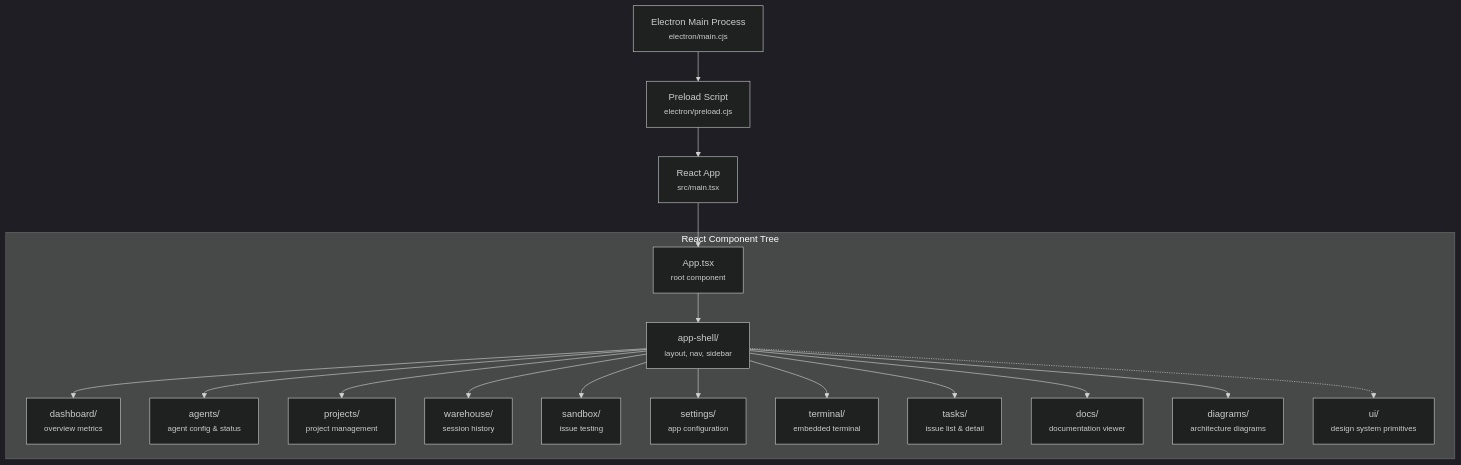
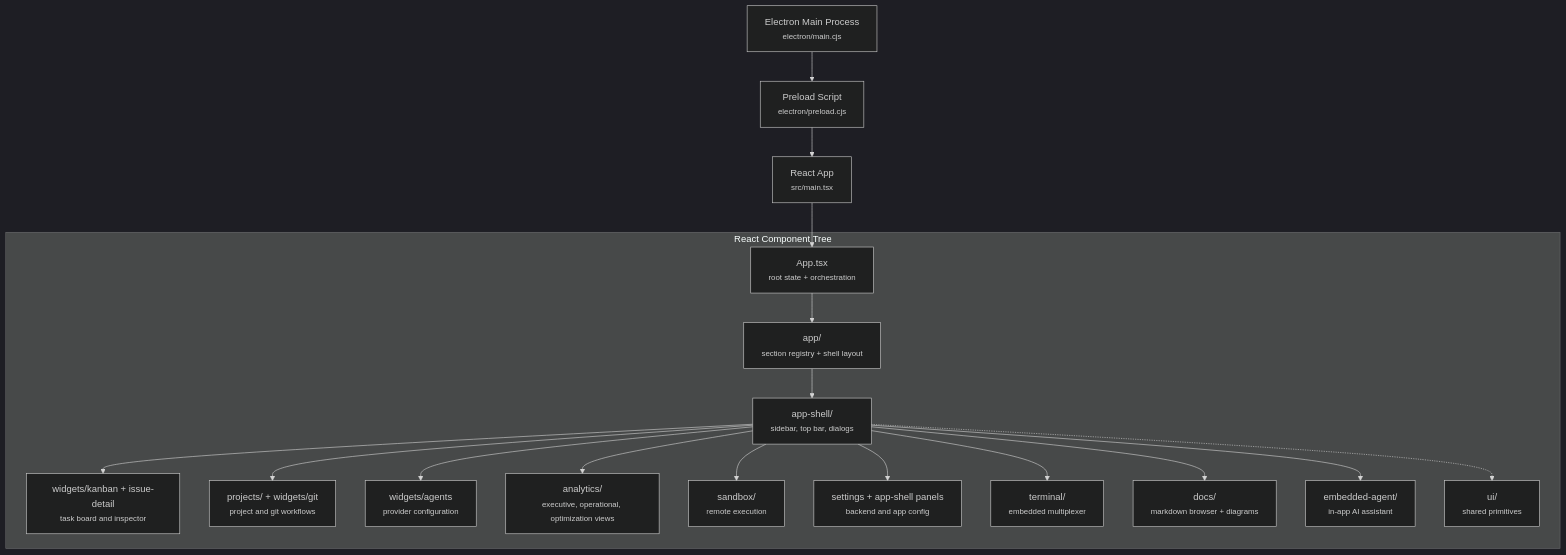
Before and after one commit to bradAGI/Orchestra: the first of 3 diagrams in docs/architecture/desktop.md, drawn with Mermaid (dark theme). The commit also changed other lines of this file and 18 other files, not shown here.

````diff
--- a/docs/architecture/desktop.md
+++ b/docs/architecture/desktop.md
@@ -11,39 +11,39 @@
 ```mermaid
 graph TD
     ELECTRON["Electron Main Process<br/><small>electron/main.cjs</small>"]
     PRELOAD["Preload Script<br/><small>electron/preload.cjs</small>"]
     REACT["React App<br/><small>src/main.tsx</small>"]
 
     ELECTRON --> PRELOAD
     PRELOAD --> REACT
 
     subgraph React_App ["React Component Tree"]
-        APP["App.tsx<br/><small>root component</small>"]
-        SHELL["app-shell/<br/><small>layout, nav, sidebar</small>"]
-        DASH["dashboard/<br/><small>overview metrics</small>"]
-        AGENTS_UI["agents/<br/><small>agent config & status</small>"]
-        PROJECTS["projects/<br/><small>project management</small>"]
-        WAREHOUSE["warehouse/<br/><small>session history</small>"]
-        SANDBOX["sandbox/<br/><small>issue testing</small>"]
-        SETTINGS["settings/<br/><small>app configuration</small>"]
-        TERMINAL_UI["terminal/<br/><small>embedded terminal</small>"]
-        TASKS["tasks/<br/><small>issue list & detail</small>"]
-        DOCS["docs/<br/><small>documentation viewer</small>"]
-        DIAGRAMS["diagrams/<br/><small>architecture diagrams</small>"]
-        UI["ui/<br/><small>design system primitives</small>"]
+        APP["App.tsx<br/><small>root state + orchestration</small>"]
+        APPDIR["app/<br/><small>section registry + shell layout</small>"]
+        SHELL["app-shell/<br/><small>sidebar, top bar, dialogs</small>"]
+        TASKS["widgets/kanban + issue-detail<br/><small>task board and inspector</small>"]
+        PROJECTS["projects/ + widgets/git<br/><small>project and git workflows</small>"]
+        AGENTS_UI["widgets/agents<br/><small>provider configuration</small>"]
+        ANALYTICS["analytics/<br/><small>executive, operational, optimization views</small>"]
+        SANDBOX["sandbox/<br/><small>remote execution</small>"]
+        SETTINGS["settings + app-shell panels<br/><small>backend and app config</small>"]
+        TERMINAL_UI["terminal/<br/><small>embedded multiplexer</small>"]
+        DOCS["docs/<br/><small>markdown browser + diagrams</small>"]
+        EMBEDDED["embedded-agent/<br/><small>in-app AI assistant</small>"]
+        UI["ui/<br/><small>shared primitives</small>"]
     end
 
     REACT --> APP
-    APP --> SHELL
-    SHELL --> DASH
+    APP --> APPDIR
+    APPDIR --> SHELL
     SHELL --> AGENTS_UI
     SHELL --> PROJECTS
-    SHELL --> WAREHOUSE
+    SHELL --> ANALYTICS
     SHELL --> SANDBOX
     SHELL --> SETTINGS
     SHELL --> TERMINAL_UI
     SHELL --> TASKS
     SHELL --> DOCS
-    SHELL --> DIAGRAMS
+    SHELL --> EMBEDDED
     SHELL -.-> UI
 ```
````
